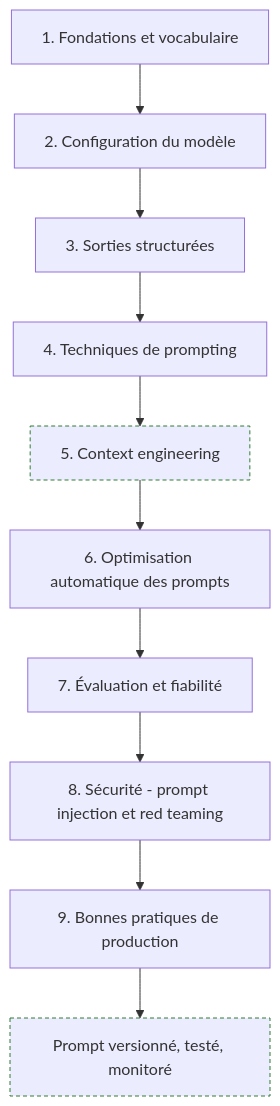
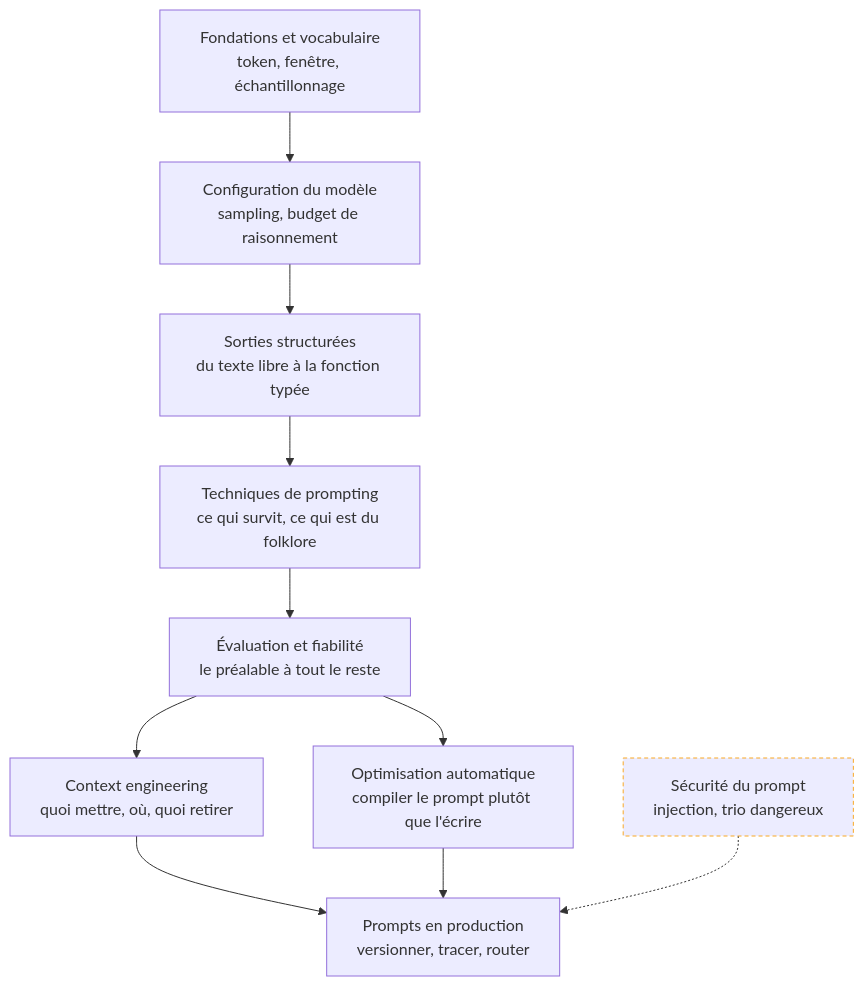
Before and after one commit to floSa/Atlas-Metiers-Roadmaps: the diagram in content/parcours/prompt-engineering/index.md, drawn with Mermaid. The commit also changed other lines of this file and 9 other files, not shown here.

Commit message:
Prompt Engineering : arbre a neuf feuilles, cartes cliquables vers les notions

````diff
--- a/content/parcours/prompt-engineering/index.md
+++ b/content/parcours/prompt-engineering/index.md
@@ -13,13 +15,25 @@
 ```mermaid
 flowchart TD
-  A["1. Fondations et vocabulaire"] --> B["2. Configuration du modèle"]
-  B --> C["3. Sorties structurées"]
-  C --> D["4. Techniques de prompting"]
-  D --> E["5. Context engineering"]:::ajout
-  E --> F["6. Optimisation automatique des prompts"]
-  F --> G["7. Évaluation et fiabilité"]
-  G --> H["8. Sécurité - prompt injection et red teaming"]
-  H --> I["9. Bonnes pratiques de production"]
-  I --> J["Prompt versionné, testé, monitoré"]:::ajout
-  classDef ajout stroke:#2e7d32,stroke-width:1px,stroke-dasharray:4 3
+  F["Fondations et vocabulaire<br/>token, fenêtre, échantillonnage"] --> C["Configuration du modèle<br/>sampling, budget de raisonnement"]
+  C --> S["Sorties structurées<br/>du texte libre à la fonction typée"]
+  S --> T["Techniques de prompting<br/>ce qui survit, ce qui est du folklore"]
+  T --> E["Évaluation et fiabilité<br/>le préalable à tout le reste"]
+  E --> CE["Context engineering<br/>quoi mettre, où, quoi retirer"]
+  E --> O["Optimisation automatique<br/>compiler le prompt plutôt que l'écrire"]
+  CE --> P["Prompts en production<br/>versionner, tracer, router"]
+  O --> P
+  SEC["Sécurité du prompt<br/>injection, trio dangereux"] -.-> P
+
+  click F "/parcours/prompt-engineering/fondations-et-vocabulaire"
+  click C "/parcours/prompt-engineering/configuration-du-modele"
+  click S "/parcours/prompt-engineering/sorties-structurees"
+  click T "/parcours/prompt-engineering/techniques-de-prompting"
+  click E "/parcours/prompt-engineering/evaluation-et-fiabilite"
+  click CE "/parcours/prompt-engineering/context-engineering"
+  click O "/parcours/prompt-engineering/optimisation-automatique"
+  click P "/parcours/prompt-engineering/prompts-en-production"
+  click SEC "/parcours/prompt-engineering/securite-du-prompt"
+
+  classDef transverse stroke:#f9a825,stroke-width:1px,stroke-dasharray:4 3
+  class SEC transverse
 ```
````
